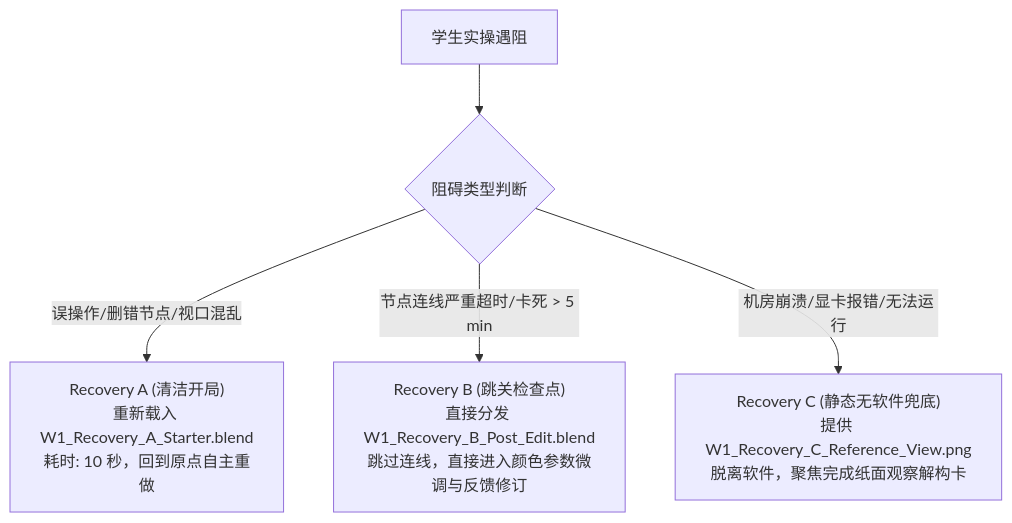
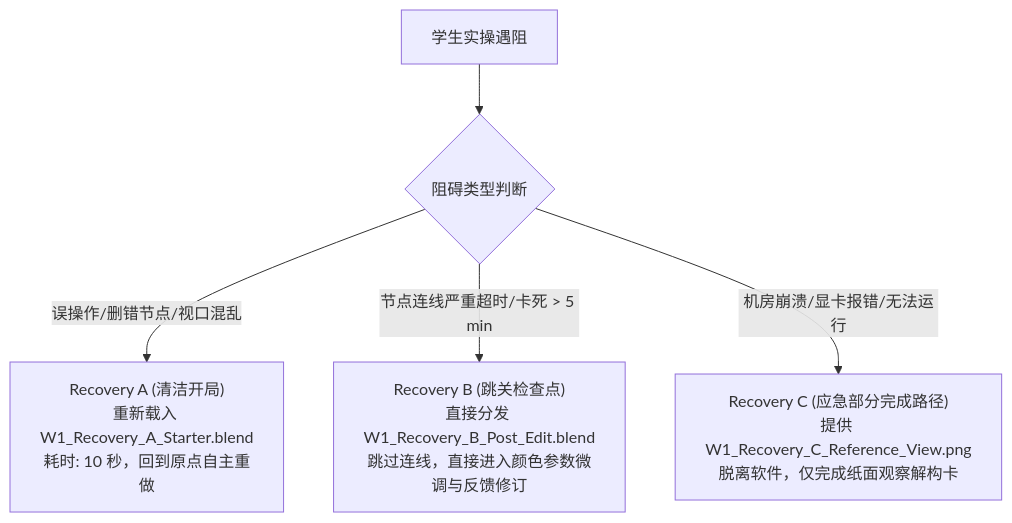
The diagram in docs/research/week1-executable-teaching-package-v0.1.md (carllx/corso-pbr-materials), drawn with Mermaid before and after one commit. The commit also changed other lines of this file and 1 other file, not shown here.

````diff
--- a/docs/research/week1-executable-teaching-package-v0.1.md
+++ b/docs/research/week1-executable-teaching-package-v0.1.md
@@ -164,7 +152,7 @@
 ```mermaid
 flowchart TD
     Start["学生实操遇阻"] --> Cond{"阻碍类型判断"}
     Cond -->|误操作/删错节点/视口混乱| RecA["Recovery A (清洁开局)<br>重新载入 W1_Recovery_A_Starter.blend<br>耗时: 10 秒，回到原点自主重做"]
     Cond -->|节点连线严重超时/卡死 > 5 min| RecB["Recovery B (跳关检查点)<br>直接分发 W1_Recovery_B_Post_Edit.blend<br>跳过连线，直接进入颜色参数微调与反馈修订"]
-    Cond -->|机房崩溃/显卡报错/无法运行| RecC["Recovery C (静态无软件兜底)<br>提供 W1_Recovery_C_Reference_View.png<br>脱离软件，聚焦完成纸面观察解构卡"]
+    Cond -->|机房崩溃/显卡报错/无法运行| RecC["Recovery C (应急部分完成路径)<br>提供 W1_Recovery_C_Reference_View.png<br>脱离软件，仅完成纸面观察解构卡"]
 ```
````
